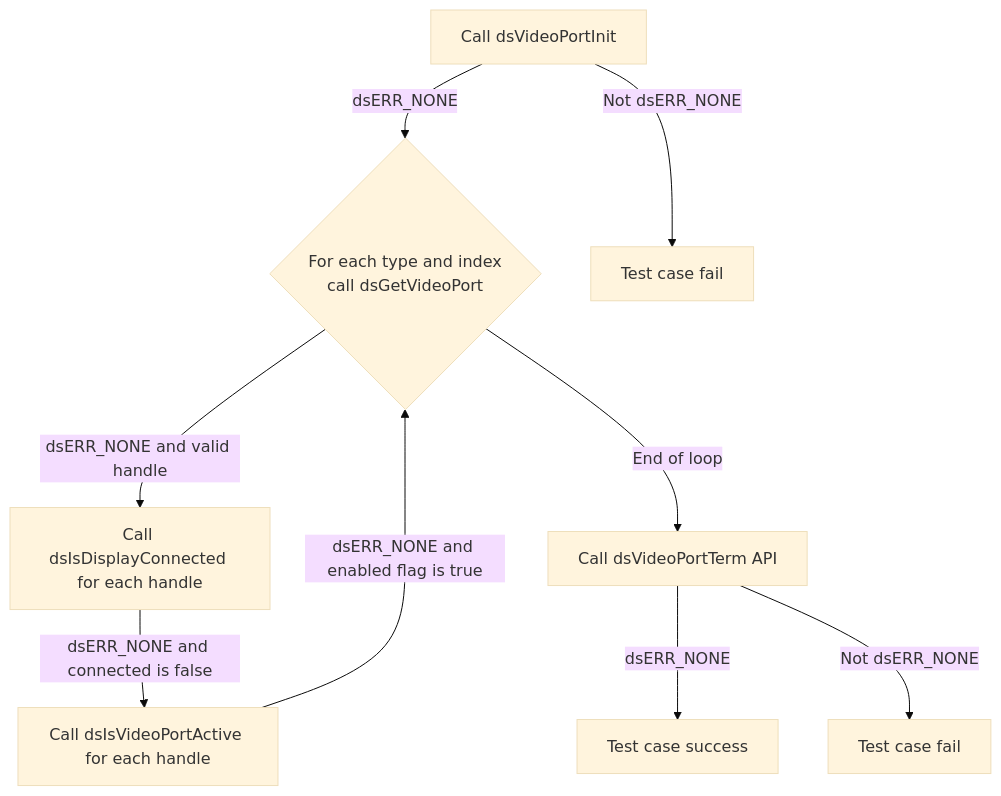
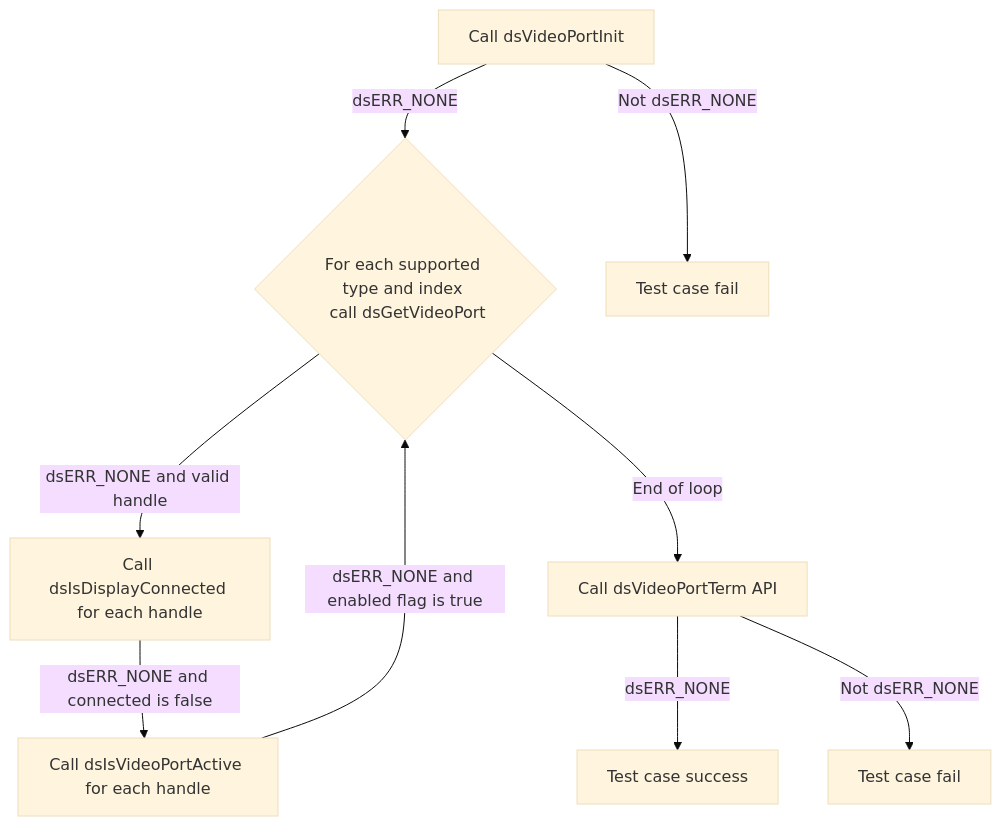
One commit to rdkcentral/rdk-halif-test-device_settings changed the second of 21 diagrams in docs/pages/ds-video-port_L2_Low-Level_TestSpecification.md. Above: the diagram before and after it, drawn with Mermaid (base theme). The commit also changed other lines of this file and 15 other files, not shown here.

````diff
--- a/docs/pages/ds-video-port_L2_Low-Level_TestSpecification.md
+++ b/docs/pages/ds-video-port_L2_Low-Level_TestSpecification.md
@@ -152,11 +112,11 @@
 ```mermaid
 graph TB
-    A[Call dsVideoPortInit] -->|dsERR_NONE| B{For each type and index <br> call dsGetVideoPort}
+    A[Call dsVideoPortInit] -->|dsERR_NONE| B{For each supported type and index <br> call dsGetVideoPort}
     A -->|Not dsERR_NONE| A1[Test case fail]
     B -->|dsERR_NONE and valid handle| C[Call dsIsDisplayConnected for each handle]
     C -->|dsERR_NONE and connected is false| D[Call dsIsVideoPortActive for each handle]
     D -->|dsERR_NONE and enabled flag is true| B
     B -->|End of loop|I[Call dsVideoPortTerm API]
     I -->|dsERR_NONE| J[Test case success]
     I -->|Not dsERR_NONE| I1[Test case fail]
 ```
````
